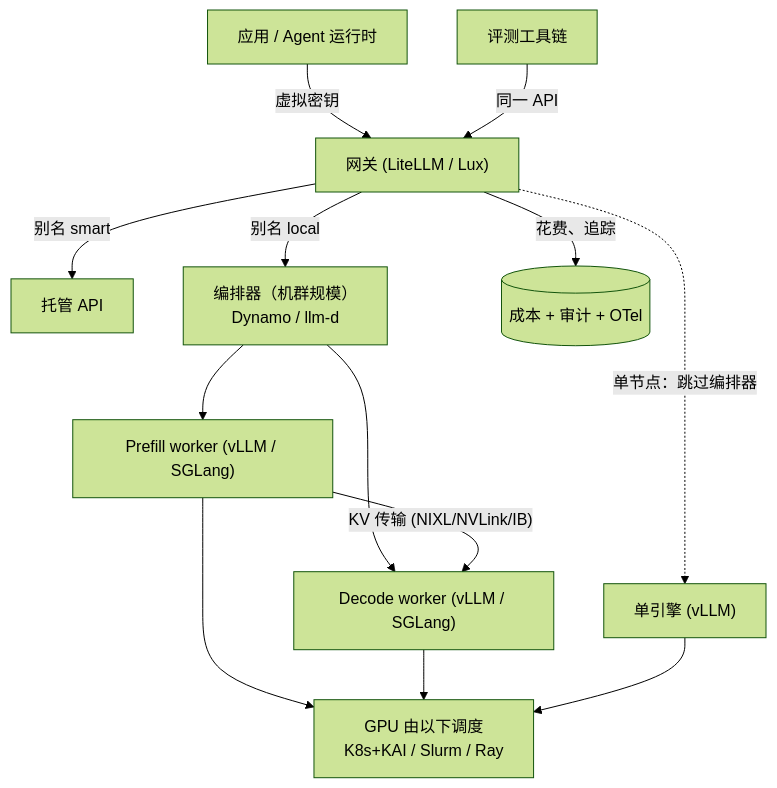
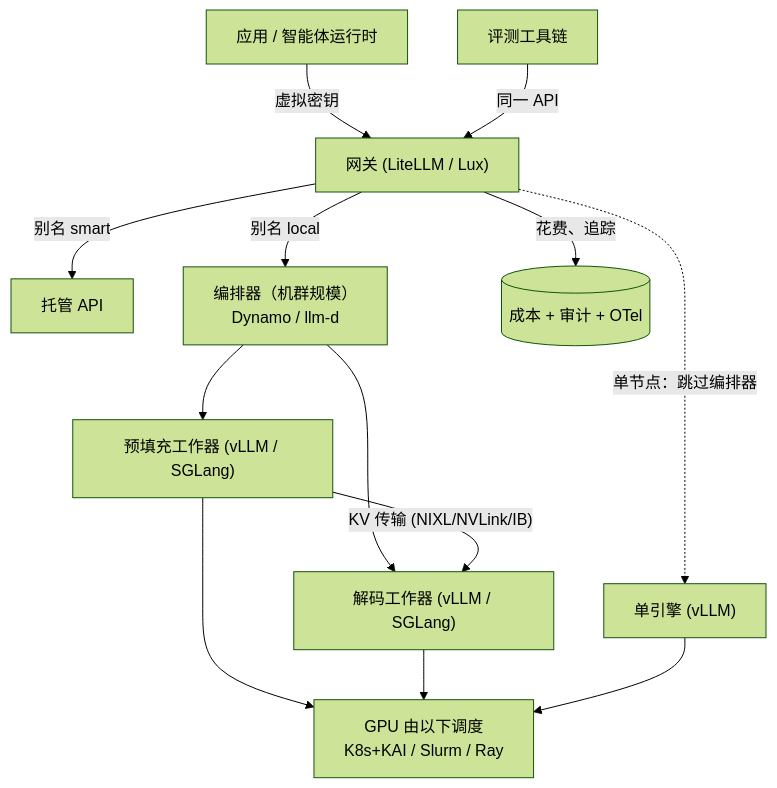
One commit to latere-ai/ai-as-an-infrastructure changed the second of 2 diagrams in zh/practice/02-serving-and-compute.qmd. Above: the diagram before and after it, drawn with Mermaid (forest theme). The commit also changed other lines of this file and 273 other files, not shown here.

Commit message:
docs: localize Chinese diagrams

````diff
--- a/zh/practice/02-serving-and-compute.qmd
+++ b/zh/practice/02-serving-and-compute.qmd
@@ -237,17 +237,17 @@
 ```{mermaid}
 %%| label: fig-serving-wiring
 %%| fig-cap: "整栈端到端接线。网关是枢纽：应用、智能体与评测工具链都持有一个虚拟密钥与一个 base URL，网关扇出到托管 API 与跑在受调度 GPU 上的自托管引擎。"
 flowchart TB
-  app["应用 / Agent 运行时"] -->|"虚拟密钥"| gw["网关 (LiteLLM / Lux)"]
+  app["应用 / 智能体运行时"] -->|"虚拟密钥"| gw["网关 (LiteLLM / Lux)"]
   eval["评测工具链"] -->|"同一 API"| gw
   gw -->|"别名 smart"| api["托管 API"]
   gw -->|"别名 local"| orch["编排器（机群规模）<br/>Dynamo / llm-d"]
-  orch --> prefill["Prefill worker (vLLM / SGLang)"]
-  orch --> decode["Decode worker (vLLM / SGLang)"]
+  orch --> prefill["预填充工作器 (vLLM / SGLang)"]
+  orch --> decode["解码工作器 (vLLM / SGLang)"]
   prefill -->|"KV 传输 (NIXL/NVLink/IB)"| decode
   gw -.->|"单节点：跳过编排器"| engine["单引擎 (vLLM)"]
   prefill --> sched["GPU 由以下调度<br/>K8s+KAI / Slurm / Ray"]
   decode --> sched
   engine --> sched
   gw -->|"花费、追踪"| obs[("成本 + 审计 + OTel")]
 ```
````
